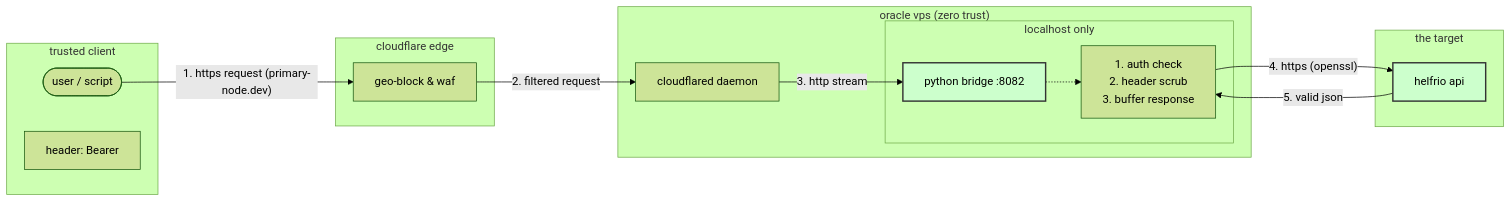
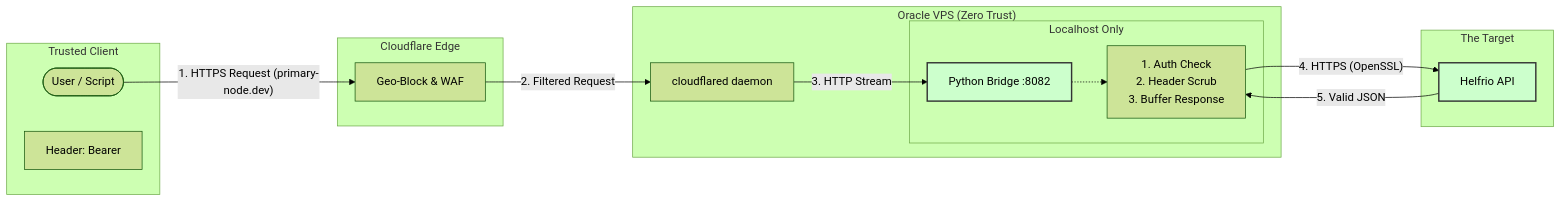
Before and after one commit to Microck/ja3-bypass-gateway: the fifth of 5 diagrams in README.md, drawn with Mermaid (forest theme). The commit also changed other lines of this file, not shown here.

````diff
--- a/README.md
+++ b/README.md
@@ -285,34 +285,34 @@
 ```mermaid
 graph LR
-    subgraph "trusted client"
-        User([user / script])
-        Auth["header: Bearer <GATEWAY_PASSWORD>"]
+    subgraph "Trusted Client"
+        User([User / Script])
+        Auth["Header: Bearer <GATEWAY_PASSWORD>"]
     end
 
-    subgraph "cloudflare edge"
-        CF_WAF[geo-block & waf]
+    subgraph "Cloudflare Edge"
+        CF_WAF[Geo-Block & WAF]
     end
 
-    subgraph "oracle vps (zero trust)"
+    subgraph "Oracle VPS (Zero Trust)"
         Tunnel[cloudflared daemon]
         
-        subgraph "localhost only"
-            Python[python bridge :8082]
-            Logic[1. auth check<br/>2. header scrub<br/>3. buffer response]
+        subgraph "Localhost Only"
+            Python[Python Bridge :8082]
+            Logic[1. Auth Check<br/>2. Header Scrub<br/>3. Buffer Response]
         end
     end
 
-    subgraph "the target"
-        Upstream[helfrio api]
+    subgraph "The Target"
+        Upstream[Helfrio API]
     end
 
-    User -- "1. https request (primary-node.dev)" --> CF_WAF
-    CF_WAF -- "2. filtered request" --> Tunnel
-    Tunnel -- "3. http stream" --> Python
+    User -- "1. HTTPS Request (primary-node.dev)" --> CF_WAF
+    CF_WAF -- "2. Filtered Request" --> Tunnel
+    Tunnel -- "3. HTTP Stream" --> Python
     Python -.-> Logic
-    Logic -- "4. https (openssl)" --> Upstream
-    Upstream -- "5. valid json" --> Logic
+    Logic -- "4. HTTPS (OpenSSL)" --> Upstream
+    Upstream -- "5. Valid JSON" --> Logic
     
     style Python fill:#ccffcc,stroke:#333,stroke-width:2px
     style Upstream fill:#ccffcc,stroke:#333,stroke-width:2px
 ```
````
